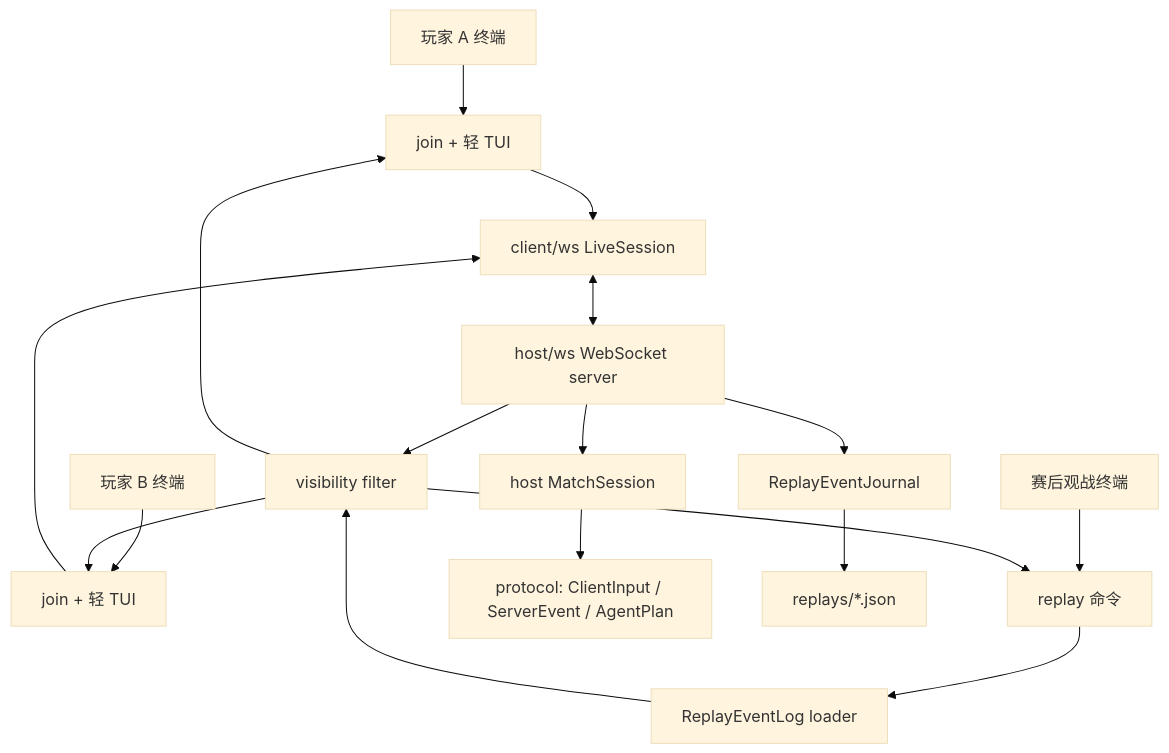
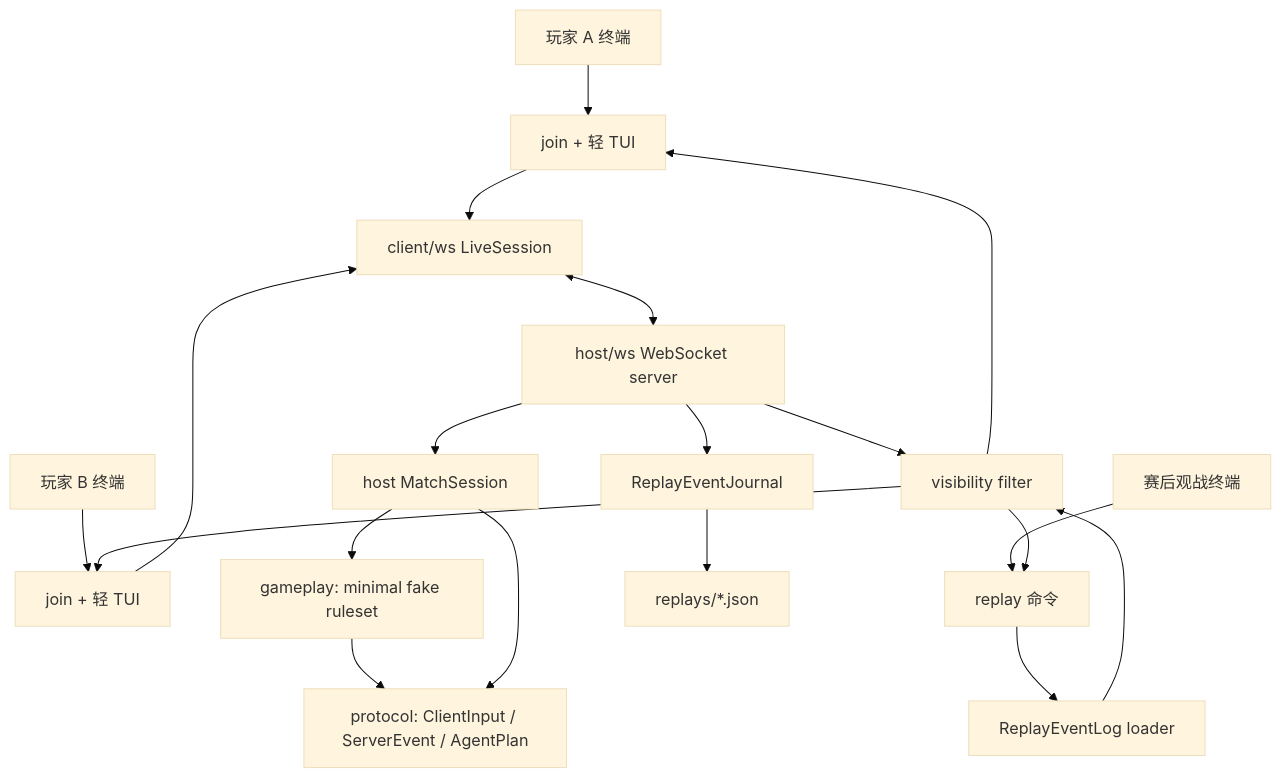
One commit to MaoDingA/shrimp-cards changed the diagram in README.md. Above: the diagram before and after it, drawn with Mermaid (base theme). The commit also changed other lines of this file and 11 other files, not shown here.

Commit message:
Add minimal gameplay core slot

````diff
--- a/README.md
+++ b/README.md
@@ -20,23 +20,25 @@
 ```mermaid
 flowchart TD
   PlayerA["玩家 A 终端"] --> JoinA["join + 轻 TUI"]
   PlayerB["玩家 B 终端"] --> JoinB["join + 轻 TUI"]
   Viewer["赛后观战终端"] --> ReplayCmd["replay 命令"]
 
   JoinA --> ClientWS["client/ws LiveSession"]
   JoinB --> ClientWS
   ReplayCmd --> ReplayLoader["ReplayEventLog loader"]
 
   ClientWS <--> HostWS["host/ws WebSocket server"]
   HostWS --> Session["host MatchSession"]
-  Session --> Protocol["protocol: ClientInput / ServerEvent / AgentPlan"]
+  Session --> Gameplay["gameplay: minimal fake ruleset"]
+  Gameplay --> Protocol["protocol: ClientInput / ServerEvent / AgentPlan"]
+  Session --> Protocol
 
   HostWS --> Journal["ReplayEventJournal"]
   Journal --> ReplayFile["replays/*.json"]
 
   HostWS --> Visibility["visibility filter"]
   ReplayLoader --> Visibility
   Visibility --> JoinA
   Visibility --> JoinB
   Visibility --> ReplayCmd
 ```
````
